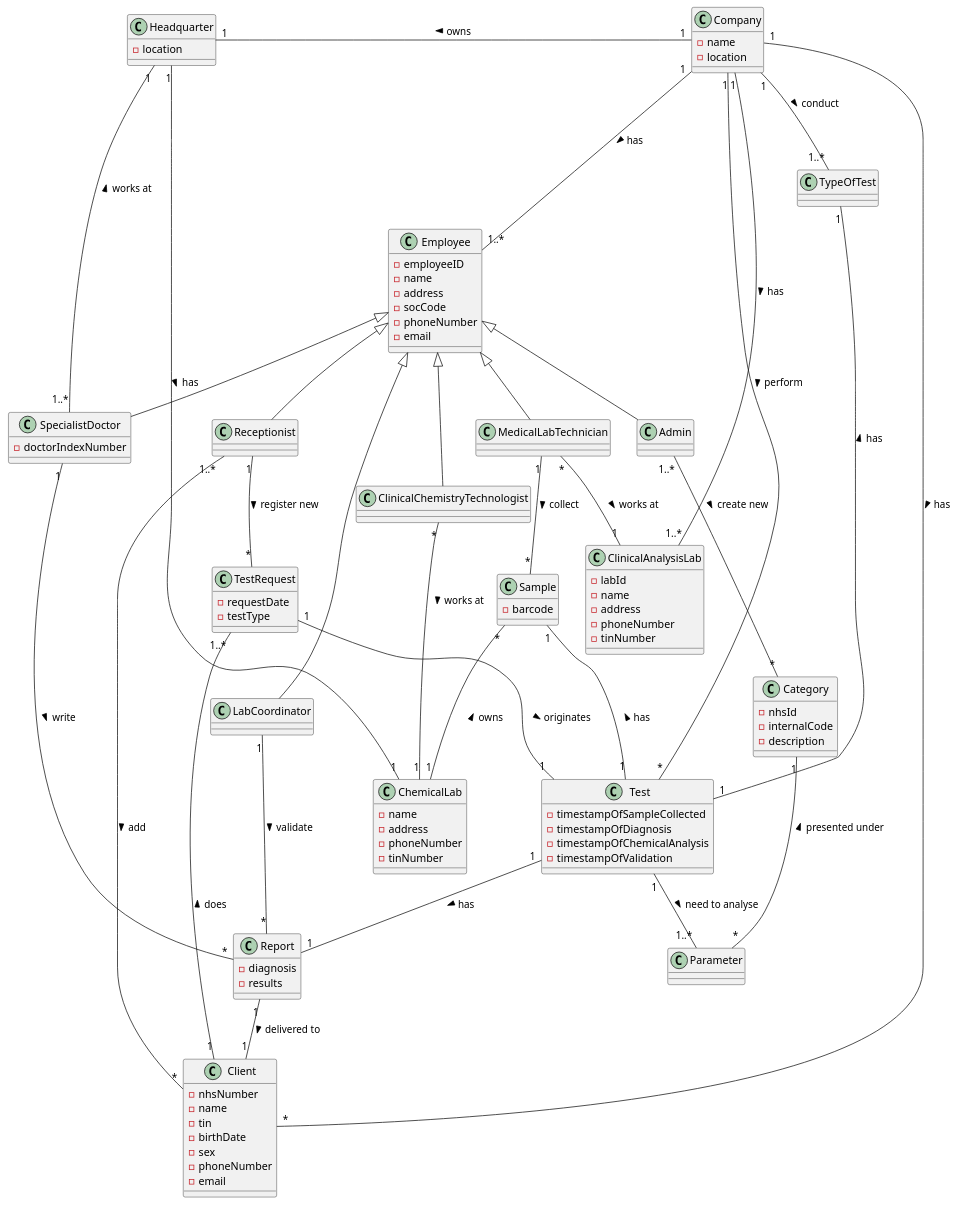
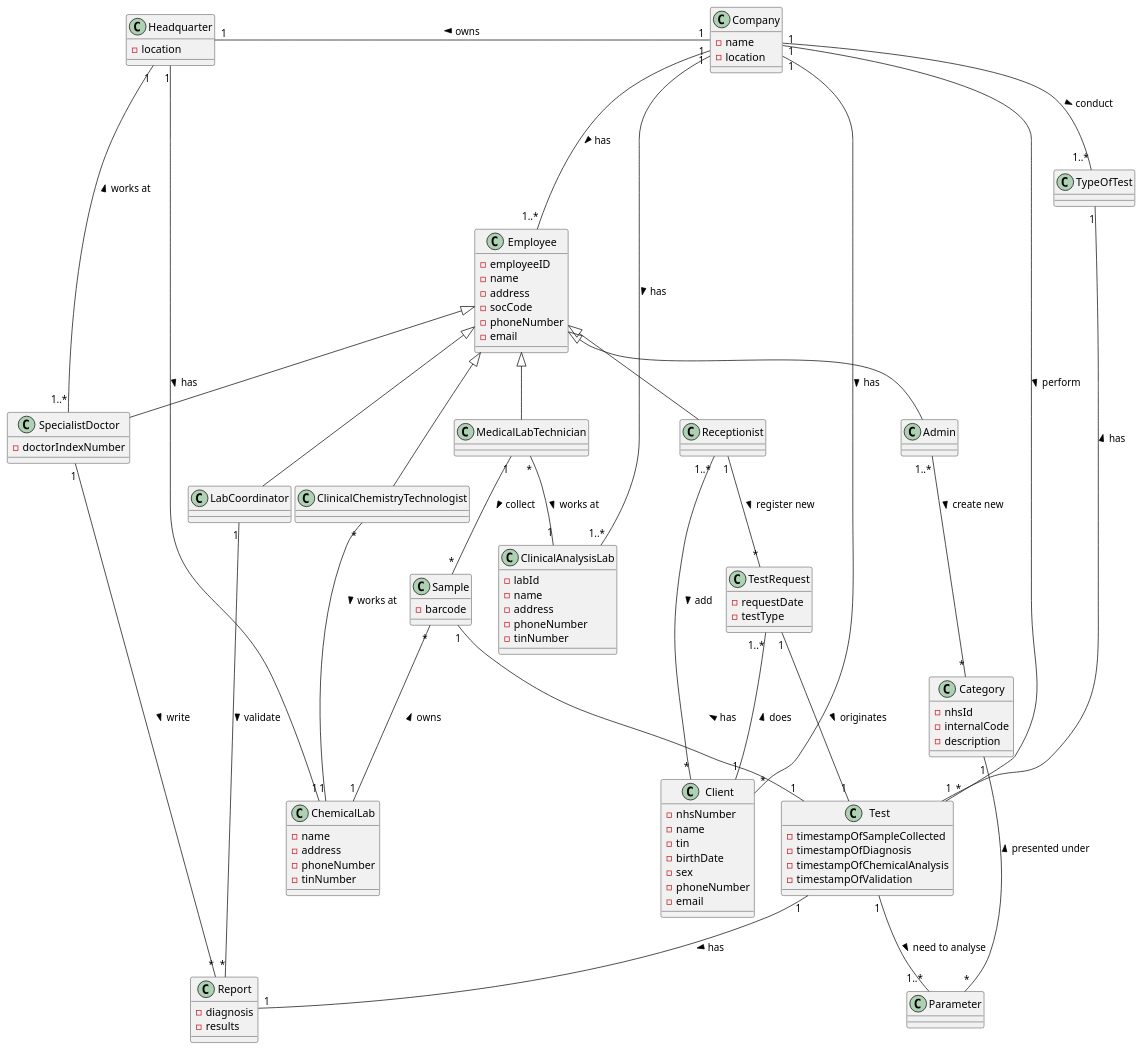
Before and after one commit to GuilhermeCunha79/lapr2: the diagram in docs/SprintA/DomainModelDiagram.puml, drawn with PlantUML.

Commit message:
Alteração no diagrama modelo de dominio(- delivered to Report--Client)

```diff
--- a/docs/SprintA/DomainModelDiagram.puml
+++ b/docs/SprintA/DomainModelDiagram.puml
@@ -1,111 +1,110 @@
 @startuml
 'https://plantuml.com/sequence-diagram
 
 top to bottom direction
 
 Company"1" --- "1..*"Employee : > has
 Company"1" -- "*"Client : > has
 Company"1" -- "1..*"ClinicalAnalysisLab : > has
 MedicalLabTechnician"*" -- "1"ClinicalAnalysisLab : > works at
 Receptionist"1" -- "*"TestRequest : > register new
 Headquarter"1" -- "1"ChemicalLab : > has
 Company"1" -left- "1"Headquarter : > owns
 Receptionist"1..*" -- "*"Client : > add
 Employee <|-- MedicalLabTechnician
 Employee <|-- ClinicalChemistryTechnologist
 Employee <|-- Receptionist
 Employee <|-- LabCoordinator
 Employee <|-- Admin
 Employee <|-- SpecialistDoctor
 ClinicalChemistryTechnologist"*" -- "1"ChemicalLab : > works at
 Test"1" -- "1"Report : > has
 MedicalLabTechnician"1" -- "*"Sample : > collect
 Sample"1" -right- "1"Test : < has
 Company"1" -- "1..*"TypeOfTest : > conduct
 Company"1" -- "*"Test : > perform
 TestRequest"1..*" -- "1""Client" : < does
 SpecialistDoctor"1" -- "*"Report : > write
 SpecialistDoctor"1..*" -- "1"Headquarter : > works at
-Report"1" -- "1"Client : > delivered to
 Sample"*" -- "1"ChemicalLab : < owns
 LabCoordinator"1" -- "*"Report : > validate
 TestRequest"1" -- "1"Test : > originates
 TypeOfTest"1" -- "1""Test" : < has
 Admin"1..*" -- "*"Category : > create new
 Category"1" -- "*"Parameter : < presented under
 Test"1" -- "1..*"Parameter : > need to analyse
 
 class Client{
 -nhsNumber
 -name
 -tin
 -birthDate
 -sex
 -phoneNumber
 -email
 }
 
 class Sample{
 -barcode
 }
 
 class Report{
 -diagnosis
 -results
 }
 
 class Employee{
 -employeeID
 -name
 -address
 -socCode
 -phoneNumber
 -email
 }
 
 class ClinicalAnalysisLab{
 -labId
 -name
 -address
 -phoneNumber
 -tinNumber
 }
 class ChemicalLab{
 -name
 -address
 -phoneNumber
 -tinNumber
 }
 
 class TestRequest{
 -requestDate
 -testType
 }
 
 class Company{
 -name
 -location
 }
 
 class Headquarter{
 -location
 }
 
 class Test{
 -timestampOfSampleCollected
 -timestampOfDiagnosis
 -timestampOfChemicalAnalysis
 -timestampOfValidation
 }
 
 class Category{
 -nhsId
 -internalCode
 -description
 }
 
 class SpecialistDoctor{
 -doctorIndexNumber
 }
 
 @enduml
```
